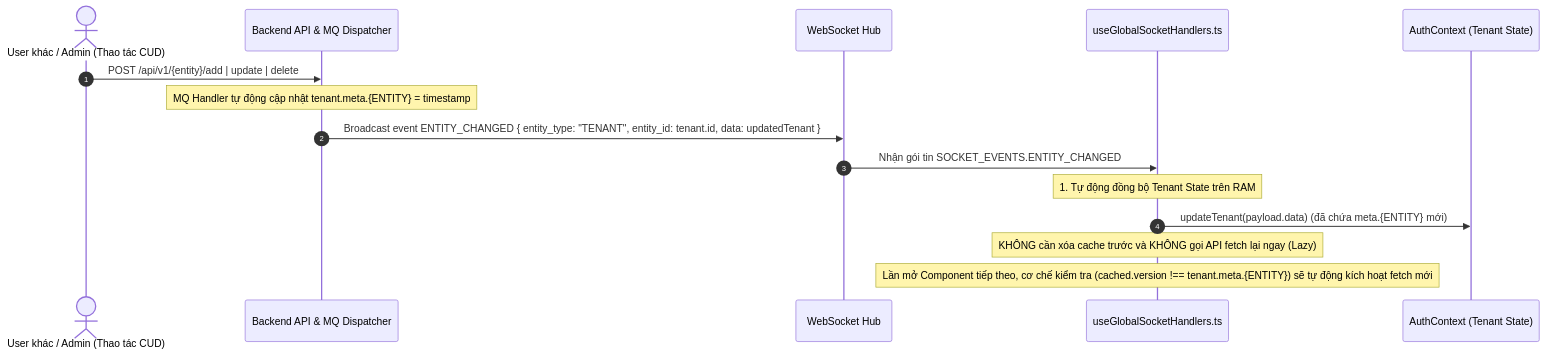
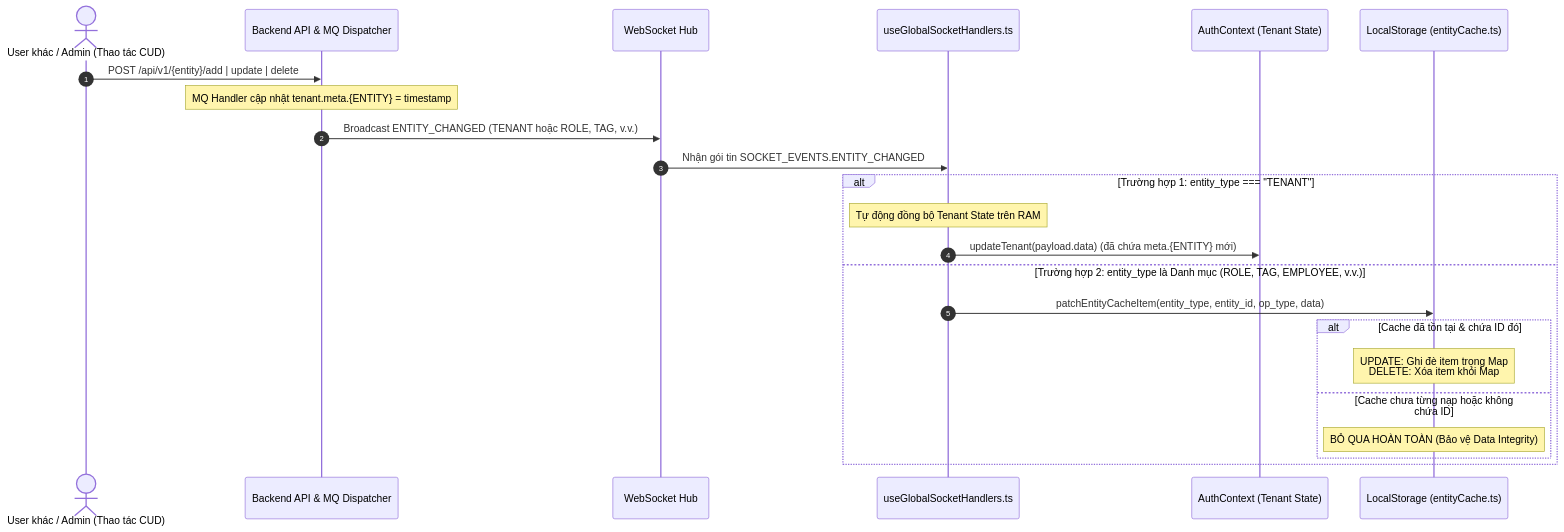
One commit to sowfkun/sowfkun-verse changed the second of 2 diagrams in .agents/docs/FE_LOCAL_CACHING_FLOW.md. Above: the diagram before and after it, drawn with Mermaid. The commit also changed other lines of this file, not shown here.

Commit message:
docs: update realtime granular cache patching flow and bump submodules

````diff
--- a/.agents/docs/FE_LOCAL_CACHING_FLOW.md
+++ b/.agents/docs/FE_LOCAL_CACHING_FLOW.md
@@ -70,20 +77,27 @@
 ```mermaid
 sequenceDiagram
     autonumber
     actor Admin as User khác / Admin (Thao tác CUD)
     participant BE as Backend API & MQ Dispatcher
     participant WS as WebSocket Hub
     participant ClientSocket as useGlobalSocketHandlers.ts
     participant AuthContext as AuthContext (Tenant State)
+    participant LocalCache as LocalStorage (entityCache.ts)
 
     Admin->>BE: POST /api/v1/{entity}/add | update | delete
-    Note over BE: MQ Handler tự động cập nhật tenant.meta.{ENTITY} = timestamp
-    BE->>WS: Broadcast event ENTITY_CHANGED { entity_type: "TENANT", entity_id: tenant.id, data: updatedTenant }
+    Note over BE: MQ Handler cập nhật tenant.meta.{ENTITY} = timestamp
+    BE->>WS: Broadcast ENTITY_CHANGED (TENANT hoặc ROLE, TAG, v.v.)
     WS->>ClientSocket: Nhận gói tin SOCKET_EVENTS.ENTITY_CHANGED
     
-    Note over ClientSocket: 1. Tự động đồng bộ Tenant State trên RAM
-    ClientSocket->>AuthContext: updateTenant(payload.data) (đã chứa meta.{ENTITY} mới)
-    
-    Note over ClientSocket: KHÔNG cần xóa cache trước và KHÔNG gọi API fetch lại ngay (Lazy)
-    Note over ClientSocket: Lần mở Component tiếp theo, cơ chế kiểm tra (cached.version !== tenant.meta.{ENTITY}) sẽ tự động kích hoạt fetch mới
+    alt Trường hợp 1: entity_type === "TENANT"
+        Note over ClientSocket: Tự động đồng bộ Tenant State trên RAM
+        ClientSocket->>AuthContext: updateTenant(payload.data) (đã chứa meta.{ENTITY} mới)
+    else Trường hợp 2: entity_type là Danh mục (ROLE, TAG, EMPLOYEE, v.v.)
+        ClientSocket->>LocalCache: patchEntityCacheItem(entity_type, entity_id, op_type, data)
+        alt Cache đã tồn tại & chứa ID đó
+            Note over LocalCache: UPDATE: Ghi đè item trong Map<br/>DELETE: Xóa item khỏi Map
+        else Cache chưa từng nạp hoặc không chứa ID
+            Note over LocalCache: BỎ QUA HOÀN TOÀN (Bảo vệ Data Integrity)
+        end
+    end
 ```
````
